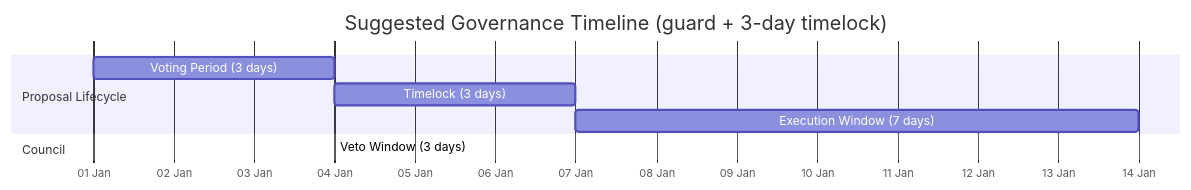
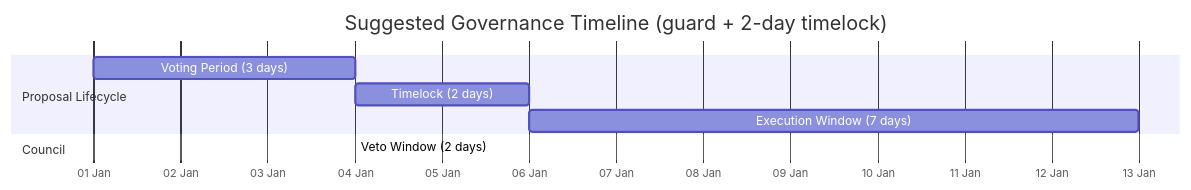
The second of 2 diagrams in docs/GOVERNANCE_PARAMETERS.md (lisandrasilva/shutter-security-council), drawn with Mermaid before and after one commit. The commit also changed other lines of this file and 30 other files, not shown here.

````diff
--- a/docs/GOVERNANCE_PARAMETERS.md
+++ b/docs/GOVERNANCE_PARAMETERS.md
@@ -58,14 +58,14 @@
 ```mermaid
 gantt
-    title Suggested Governance Timeline (guard + 3-day timelock)
+    title Suggested Governance Timeline (guard + 2-day timelock)
     dateFormat YYYY-MM-DD
     axisFormat %d %b
 
     section Proposal Lifecycle
     Voting Period (3 days)           :vote, 2025-01-01, 3d
-    Timelock (3 days)                :timelock, after vote, 3d
+    Timelock (2 days)                :timelock, after vote, 2d
     Execution Window (7 days)        :exec, after timelock, 7d
 
     section Council
-    Veto Window (3 days)             :crit, veto, after vote, 3du
+    Veto Window (2 days)             :crit, veto, after vote, 2du
 ```
````
